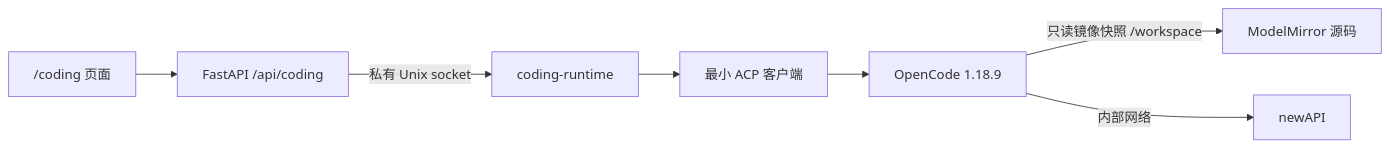
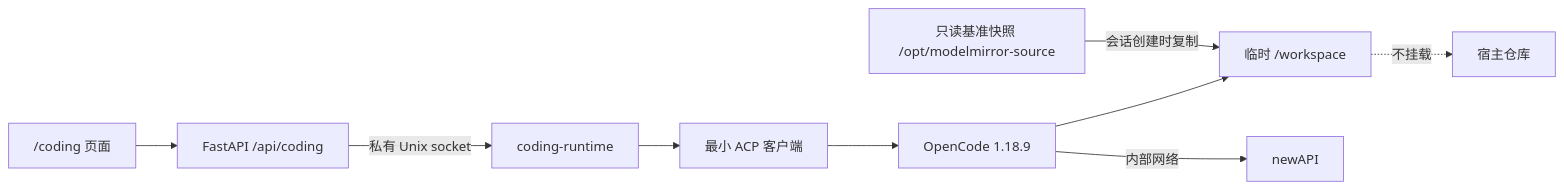
The diagram in docs/CODING_AGENT_INTEGRATION.md (PinkElf-Elysia/ModelMirror), drawn with Mermaid before and after one commit. The commit also changed other lines of this file and 4 other files, not shown here.

````diff
--- a/docs/CODING_AGENT_INTEGRATION.md
+++ b/docs/CODING_AGENT_INTEGRATION.md
@@ -28,9 +33,11 @@
 ```mermaid
 flowchart LR
   UI["/coding 页面"] --> API["FastAPI /api/coding"]
   API -->|"私有 Unix socket"| WORKER["coding-runtime"]
   WORKER --> ACP["最小 ACP 客户端"]
   ACP --> OC["OpenCode 1.18.9"]
-  OC -->|"只读镜像快照 /workspace"| REPO["ModelMirror 源码"]
+  SOURCE["只读基准快照 /opt/modelmirror-source"] -->|"会话创建时复制"| WORK["临时 /workspace"]
+  OC --> WORK
   OC -->|"内部网络"| GW["newAPI"]
+  WORK -. "不挂载" .-> HOST["宿主仓库"]
 ```
````
